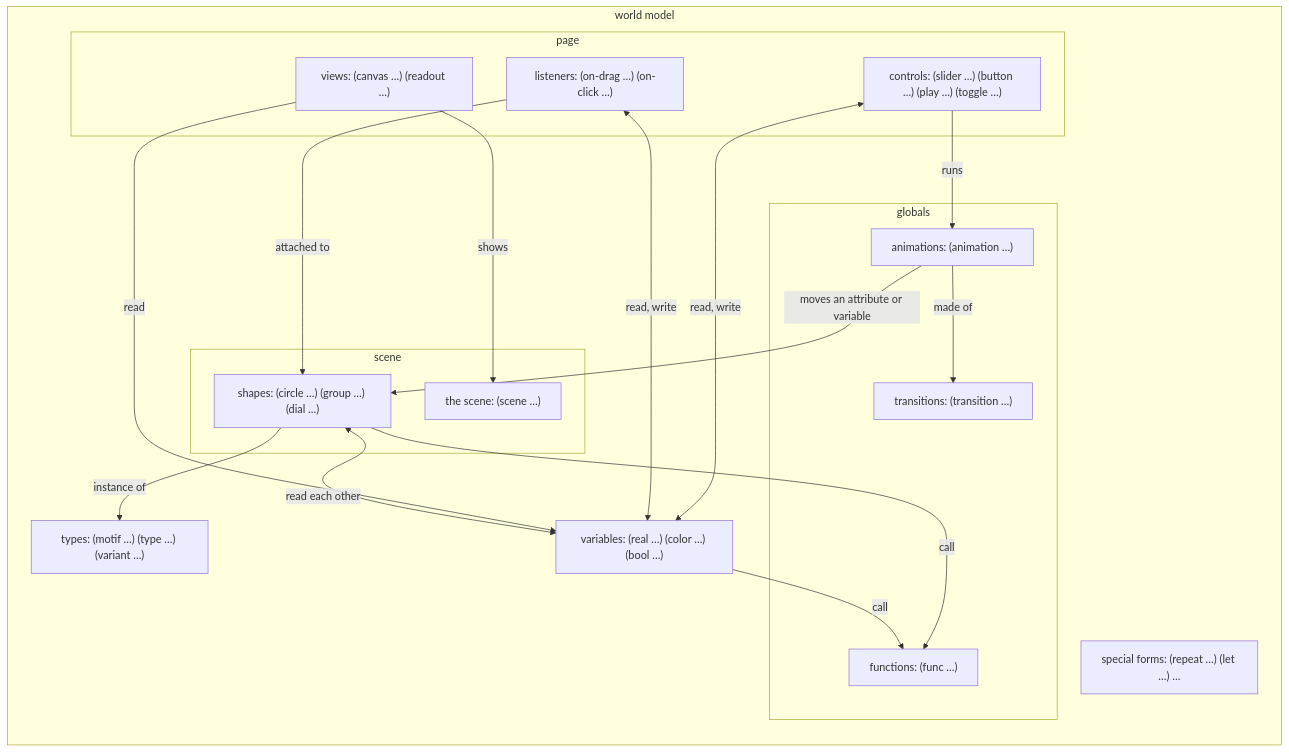
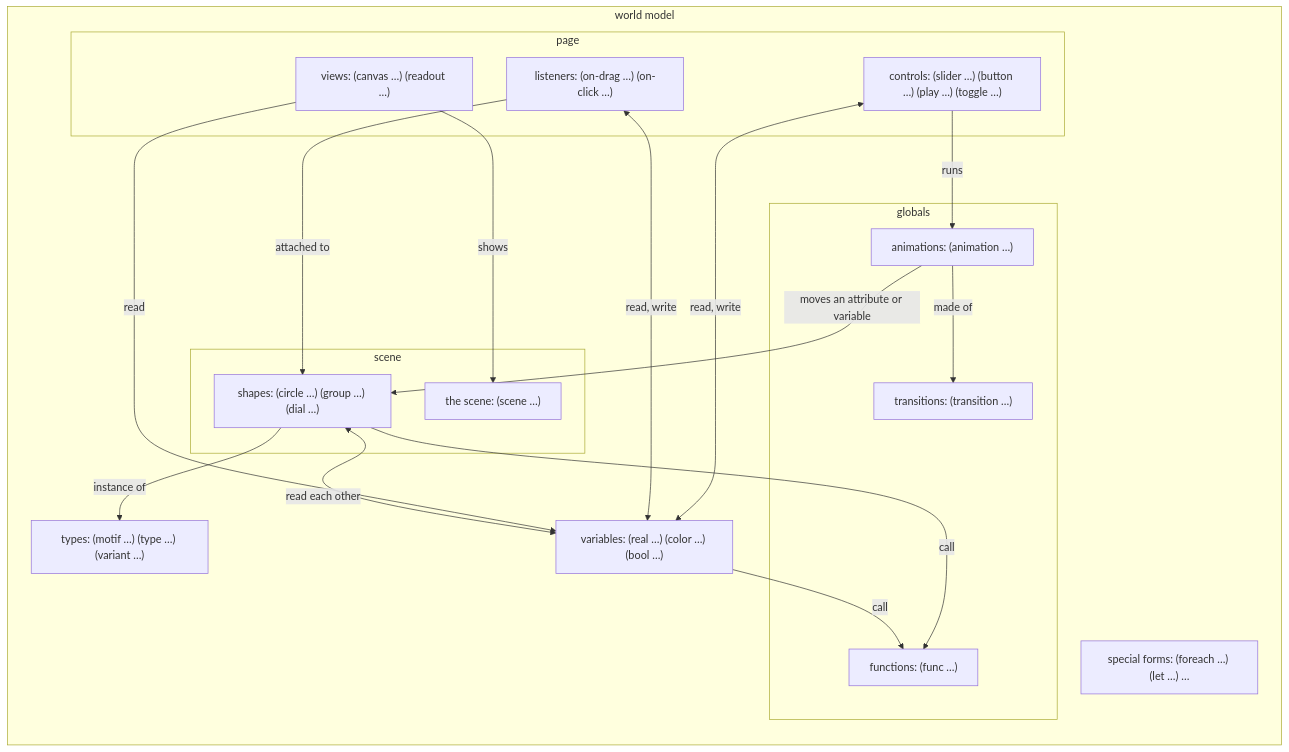
The second of 3 diagrams in docs/data-model.md (aris-pub/mathterpiece), drawn with Mermaid before and after one commit. The commit also changed other lines of this file and 22 other files, not shown here.

First line of the commit message:
Replace repeat with foreach, which goes through counts, lists and groups

````diff
--- a/docs/data-model.md
+++ b/docs/data-model.md
@@ -59,32 +59,32 @@
 ```mermaid
 flowchart LR
   subgraph wm [world model]
     types["types: (motif …) (type …) (variant …)"]
-    special["special forms: (repeat …) (let …) …"]
+    special["special forms: (foreach …) (let …) …"]
     subgraph scene
       sc["the scene: (scene …)"]
       shapes["shapes: (circle …) (group …) (dial …)"]
     end
     vars["variables: (real …) (color …) (bool …)"]
     subgraph globals
       funcs["functions: (func …)"]
       trans["transitions: (transition …)"]
       anims["animations: (animation …)"]
     end
     subgraph page
       views["views: (canvas …) (readout …)"]
       listeners["listeners: (on-drag …) (on-click …)"]
       controls["controls: (slider …) (button …) (play …) (toggle …)"]
     end
   end
   shapes -->|instance of| types
   shapes <-->|read each other| vars
   vars & shapes -->|call| funcs
   anims -->|made of| trans
   anims -->|moves an attribute or variable| shapes
   controls -->|runs| anims
   listeners -->|attached to| shapes
   views -->|shows| sc
   views -->|read| vars
   listeners & controls <-->|read, write| vars
 ```
````
